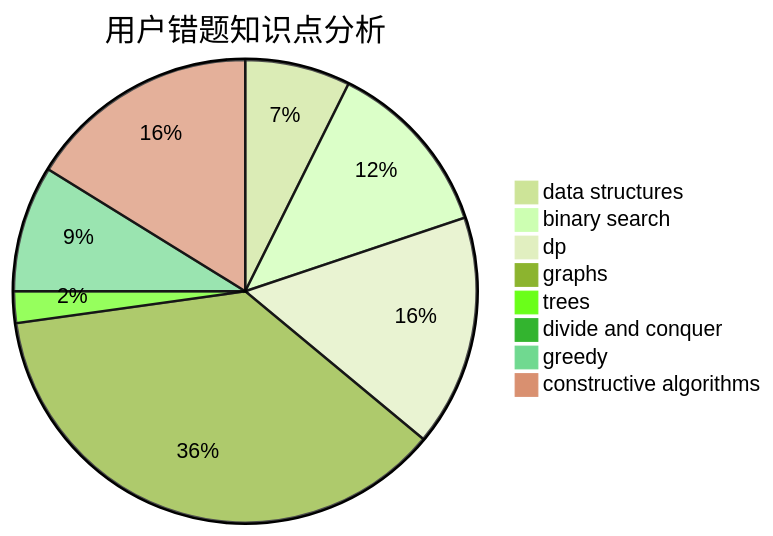
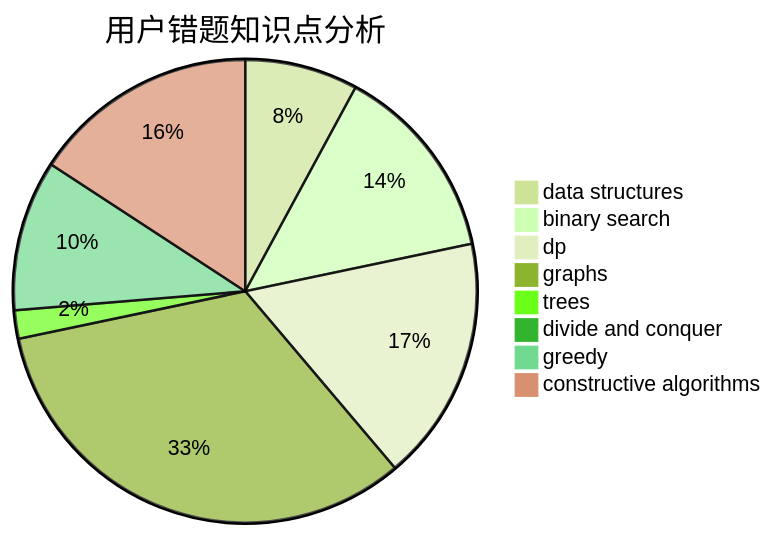
Before and after one commit to sherpahu/cfrs.github.io: the third of 3 diagrams in docs/user/u627.md, drawn with Mermaid (forest theme). The commit also changed other lines of this file and 2770 other files, not shown here.

````diff
--- a/docs/user/u627.md
+++ b/docs/user/u627.md
@@ -36,11 +36,11 @@
 ```mermaid
 pie title 用户错题知识点分析
-    "data structures" :  10
-    "binary search" :  17
-    "dp" :  22
+    "data structures" :  12
+    "binary search" :  21
+    "dp" :  26
     "graphs" :  50
     "trees" :  3
     "divide and conquer" :  1
-    "greedy" :  12
-    "constructive algorithms" :  22
+    "greedy" :  16
+    "constructive algorithms" :  24
 ```
````
